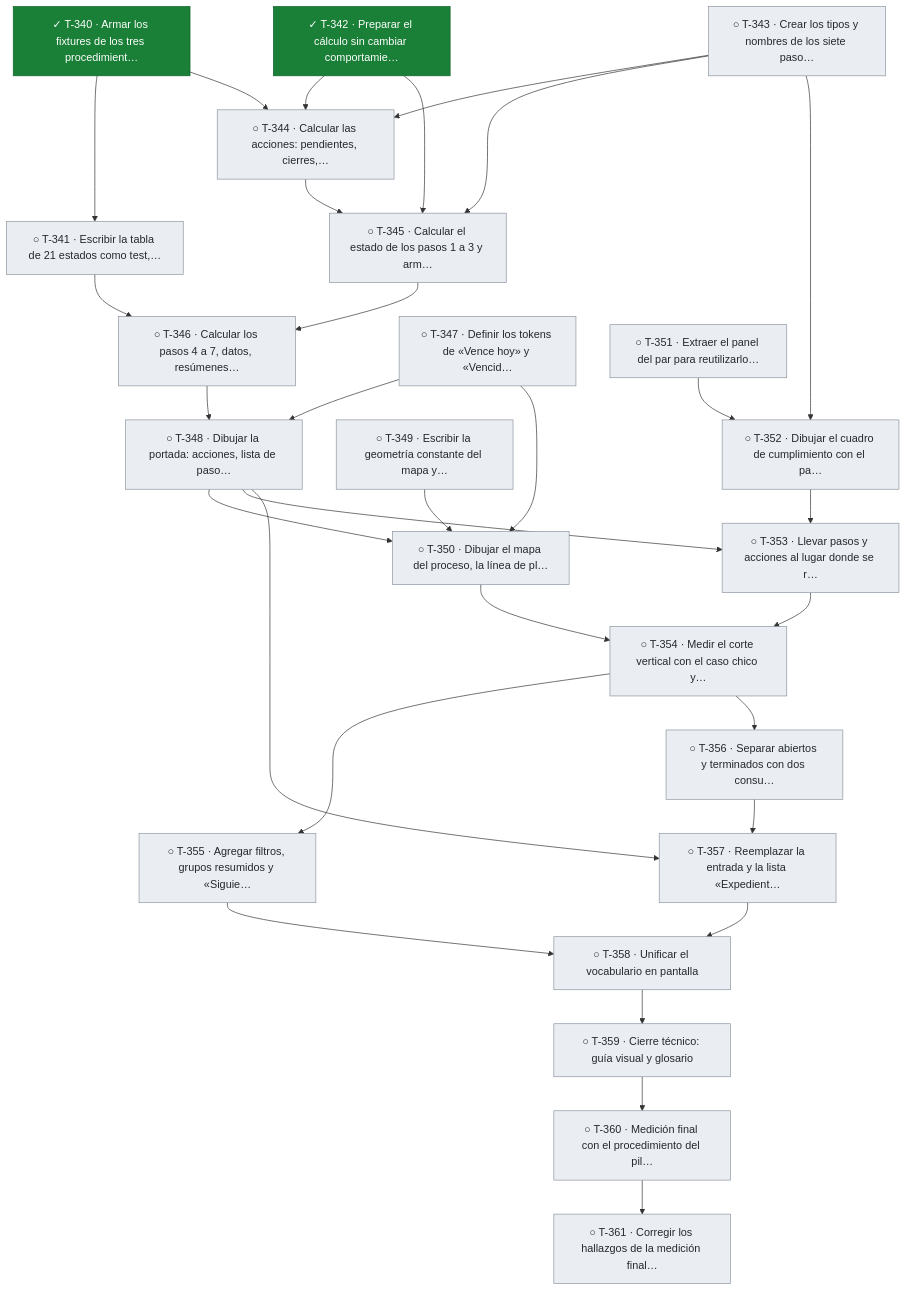
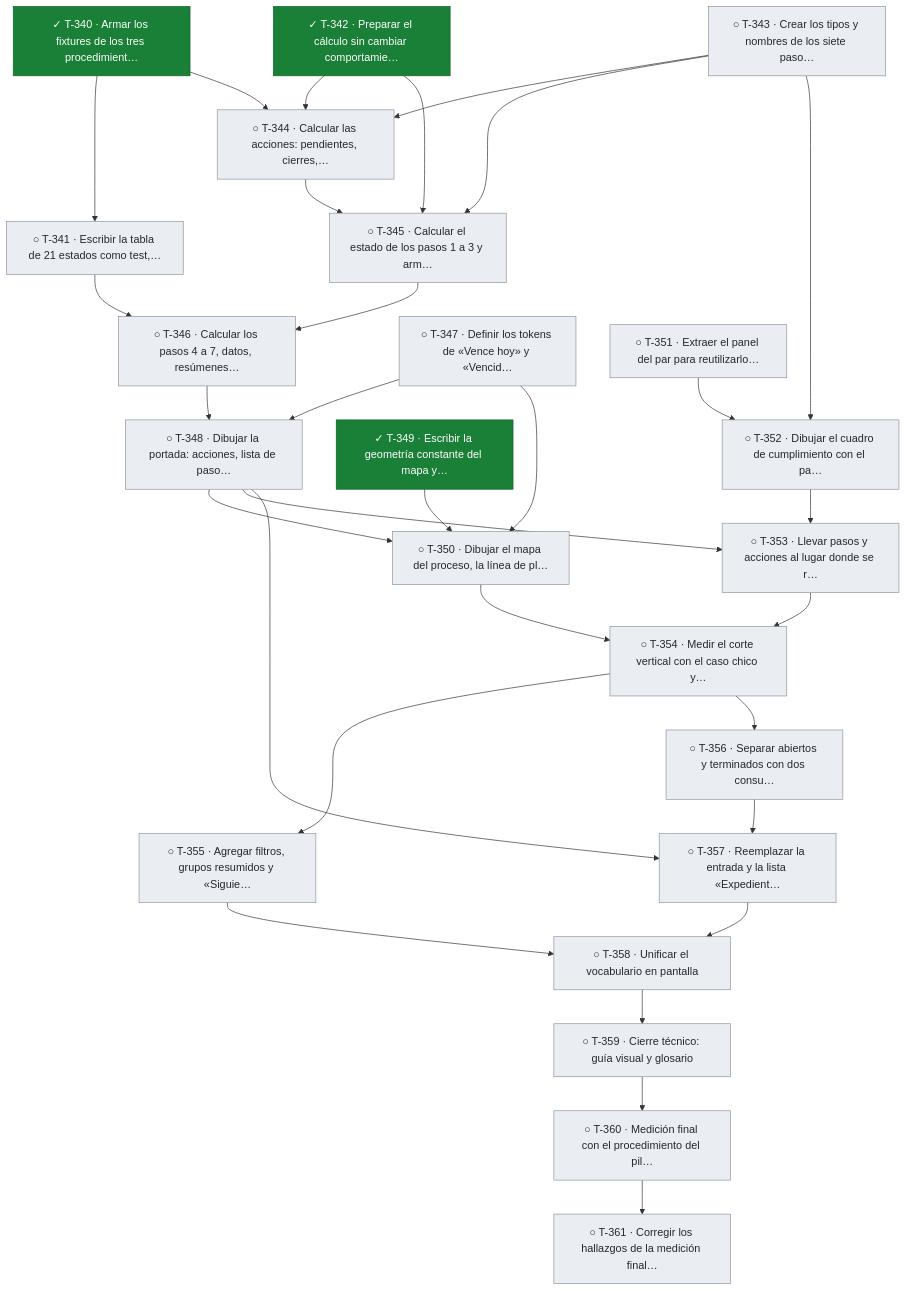
Diagram 25 of 25 in docs/tablero.md (snavello/EVALUON), drawn with Mermaid before and after one commit. The commit also changed other lines of this file and 1 other file, not shown here.

Commit message:
gestión: T-349 terminada (geometría del mapa e hitos de plazos), avisos y tablero

````diff
--- a/docs/tablero.md
+++ b/docs/tablero.md
@@ -1922,59 +1922,59 @@
 ```mermaid
 flowchart TD
   T340["✓ T-340 · Armar los fixtures de los tres procedimient…"]:::done
   T341["○ T-341 · Escribir la tabla de 21 estados como test,…"]:::todo
   T342["✓ T-342 · Preparar el cálculo sin cambiar comportamie…"]:::done
   T343["○ T-343 · Crear los tipos y nombres de los siete paso…"]:::todo
   T344["○ T-344 · Calcular las acciones: pendientes, cierres,…"]:::todo
   T345["○ T-345 · Calcular el estado de los pasos 1 a 3 y arm…"]:::todo
   T346["○ T-346 · Calcular los pasos 4 a 7, datos, resúmenes…"]:::todo
   T347["○ T-347 · Definir los tokens de «Vence hoy» y «Vencid…"]:::todo
   T348["○ T-348 · Dibujar la portada: acciones, lista de paso…"]:::todo
-  T349["○ T-349 · Escribir la geometría constante del mapa y…"]:::todo
+  T349["✓ T-349 · Escribir la geometría constante del mapa y…"]:::done
   T350["○ T-350 · Dibujar el mapa del proceso, la línea de pl…"]:::todo
   T351["○ T-351 · Extraer el panel del par para reutilizarlo…"]:::todo
   T352["○ T-352 · Dibujar el cuadro de cumplimiento con el pa…"]:::todo
   T353["○ T-353 · Llevar pasos y acciones al lugar donde se r…"]:::todo
   T354["○ T-354 · Medir el corte vertical con el caso chico y…"]:::todo
   T355["○ T-355 · Agregar filtros, grupos resumidos y «Siguie…"]:::todo
   T356["○ T-356 · Separar abiertos y terminados con dos consu…"]:::todo
   T357["○ T-357 · Reemplazar la entrada y la lista «Expedient…"]:::todo
   T358["○ T-358 · Unificar el vocabulario en pantalla"]:::todo
   T359["○ T-359 · Cierre técnico: guía visual y glosario"]:::todo
   T360["○ T-360 · Medición final con el procedimiento del pil…"]:::todo
   T361["○ T-361 · Corregir los hallazgos de la medición final…"]:::todo
   T340 --> T341
   T340 --> T344
   T342 --> T344
   T343 --> T344
   T342 --> T345
   T343 --> T345
   T344 --> T345
   T341 --> T346
   T345 --> T346
   T346 --> T348
   T347 --> T348
   T347 --> T350
   T348 --> T350
   T349 --> T350
   T343 --> T352
   T351 --> T352
   T348 --> T353
   T352 --> T353
   T350 --> T354
   T353 --> T354
   T354 --> T355
   T354 --> T356
   T348 --> T357
   T356 --> T357
   T355 --> T358
   T357 --> T358
   T358 --> T359
   T359 --> T360
   T360 --> T361
   classDef done fill:#1a7f37,stroke:#116329,color:#ffffff
   classDef review fill:#0969da,stroke:#0550ae,color:#ffffff
   classDef active fill:#bf8700,stroke:#7d4e00,color:#ffffff
   classDef blocked fill:#cf222e,stroke:#a40e26,color:#ffffff
   classDef todo fill:#eaeef2,stroke:#8c959f,color:#24292f
 ```
````
